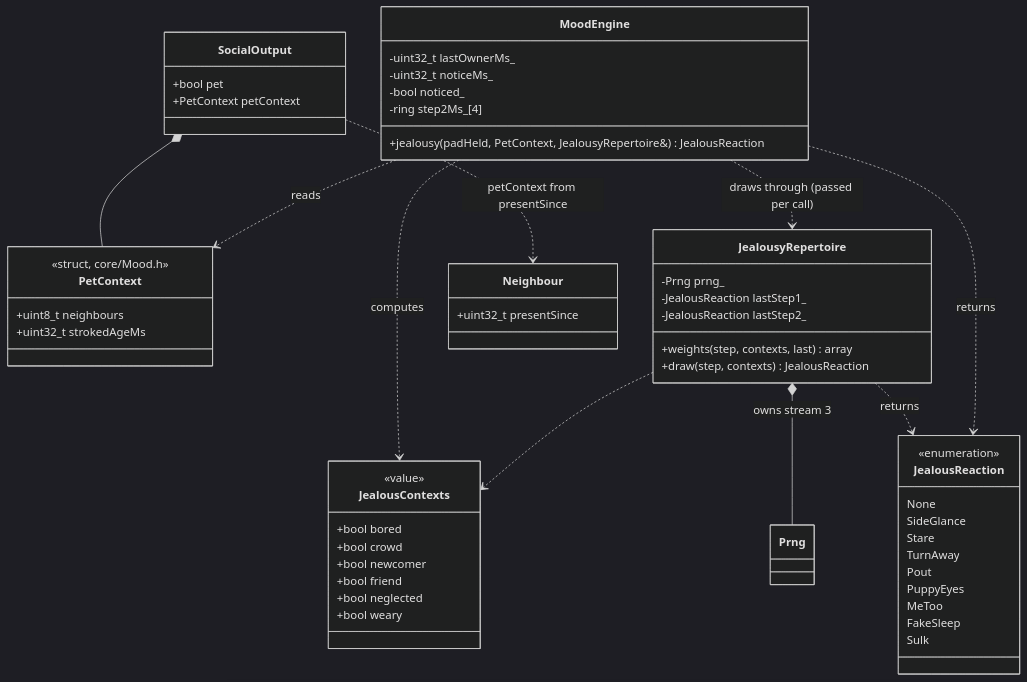
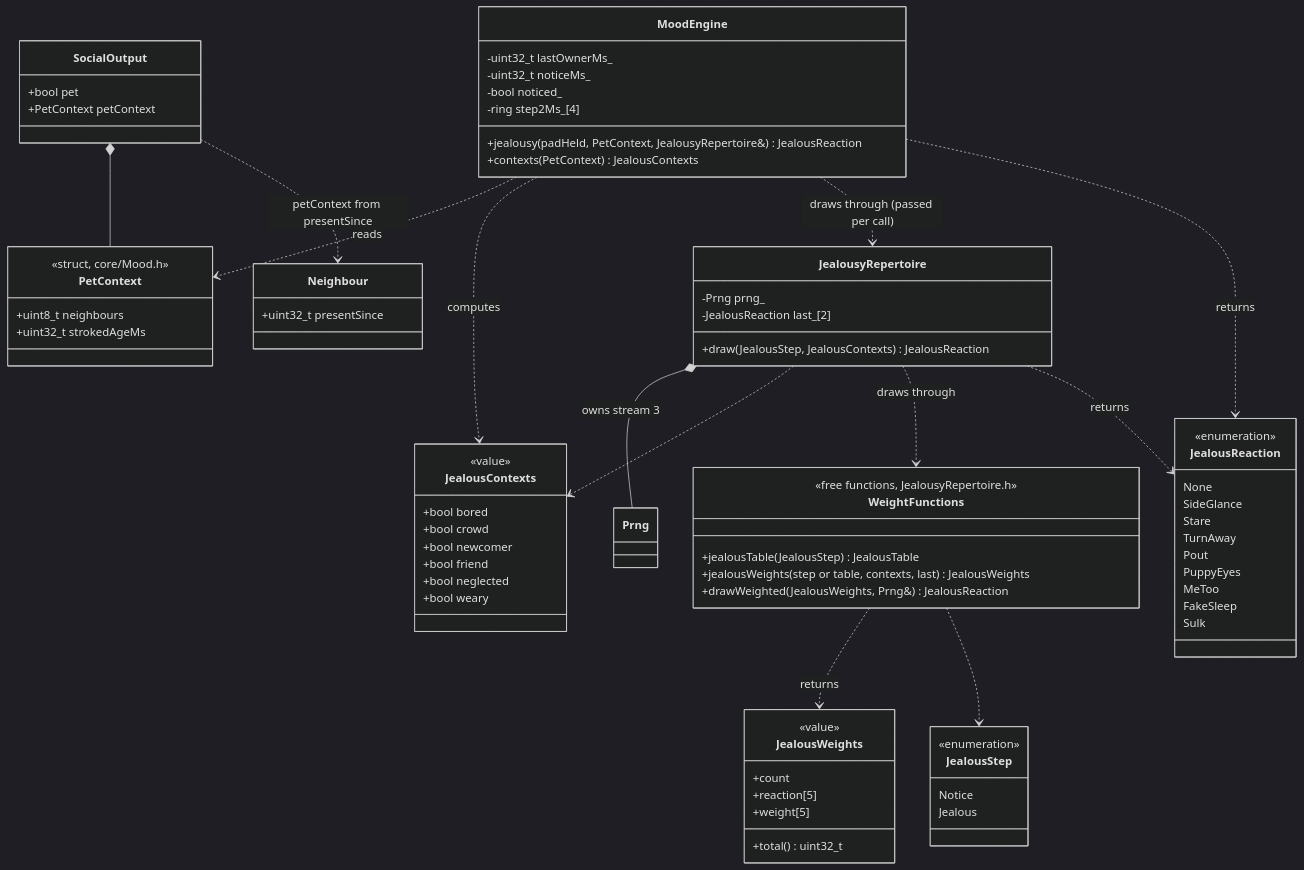
The diagram in docs/architecture/diagrams/social-group/04-class-jealousy.md (benoit-bremaud/cubbies), drawn with Mermaid (dark theme) before and after one commit. The commit also changed other lines of this file and 4 other files, not shown here.

````diff
--- a/docs/architecture/diagrams/social-group/04-class-jealousy.md
+++ b/docs/architecture/diagrams/social-group/04-class-jealousy.md
@@ -20,61 +20,81 @@
 ```mermaid
 classDiagram
   class PetContext {
     <<struct, core/Mood.h>>
     +uint8_t neighbours
     +uint32_t strokedAgeMs
   }
   class JealousContexts {
     <<value>>
     +bool bored
     +bool crowd
     +bool newcomer
     +bool friend
     +bool neglected
     +bool weary
   }
   class JealousReaction {
     <<enumeration>>
     None
     SideGlance
     Stare
     TurnAway
     Pout
     PuppyEyes
     MeToo
     FakeSleep
     Sulk
   }
+  class JealousStep {
+    <<enumeration>>
+    Notice
+    Jealous
+  }
+  class JealousWeights {
+    <<value>>
+    +count
+    +reaction[5]
+    +weight[5]
+    +total() uint32_t
+  }
   class JealousyRepertoire {
     -Prng prng_
-    -JealousReaction lastStep1_
-    -JealousReaction lastStep2_
-    +weights(step, contexts, last) array
-    +draw(step, contexts) JealousReaction
+    -JealousReaction last_[2]
+    +draw(JealousStep, JealousContexts) JealousReaction
+  }
+  class WeightFunctions {
+    <<free functions, JealousyRepertoire.h>>
+    +jealousTable(JealousStep) JealousTable
+    +jealousWeights(step or table, contexts, last) JealousWeights
+    +drawWeighted(JealousWeights, Prng&) JealousReaction
   }
   class MoodEngine {
     -uint32_t lastOwnerMs_
     -uint32_t noticeMs_
     -bool noticed_
     -ring step2Ms_[4]
     +jealousy(padHeld, PetContext, JealousyRepertoire&) JealousReaction
+    +contexts(PetContext) JealousContexts
   }
   class SocialOutput {
     +bool pet
     +PetContext petContext
   }
   class Neighbour {
     +uint32_t presentSince
   }
   class Prng
 
   SocialOutput *-- PetContext
   JealousyRepertoire *-- Prng : owns stream 3
   MoodEngine ..> PetContext : reads
   MoodEngine ..> JealousContexts : computes
   MoodEngine ..> JealousyRepertoire : draws through (passed per call)
   JealousyRepertoire ..> JealousContexts
+  JealousyRepertoire ..> WeightFunctions : draws through
+  WeightFunctions ..> JealousWeights : returns
+  WeightFunctions ..> JealousStep
   JealousyRepertoire ..> JealousReaction : returns
   MoodEngine ..> JealousReaction : returns
   SocialOutput ..> Neighbour : petContext from presentSince
 ```
````
